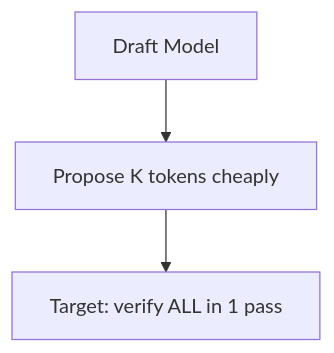
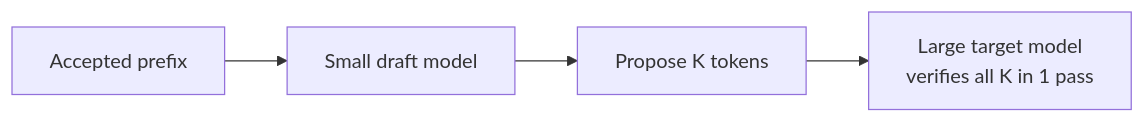
Before and after one commit to danilop/micro-gpt-and-beyond: the diagram in walk-the-code/diagrams/spec_draft.mmd, drawn with Mermaid. The commit also changed 45 other files, not shown here.

```diff
--- a/walk-the-code/diagrams/spec_draft.mmd
+++ b/walk-the-code/diagrams/spec_draft.mmd
@@ -1,3 +1,5 @@
-graph TD
-    draft[Draft Model] --> propose[Propose K tokens cheaply]
-    propose --> target[Target: verify ALL in 1 pass]
+graph LR
+    prompt[Accepted prefix]
+    prompt --> draft[Small draft model]
+    draft --> propose[Propose K tokens]
+    propose --> target[Large target model<br/>verifies all K in 1 pass]
```
